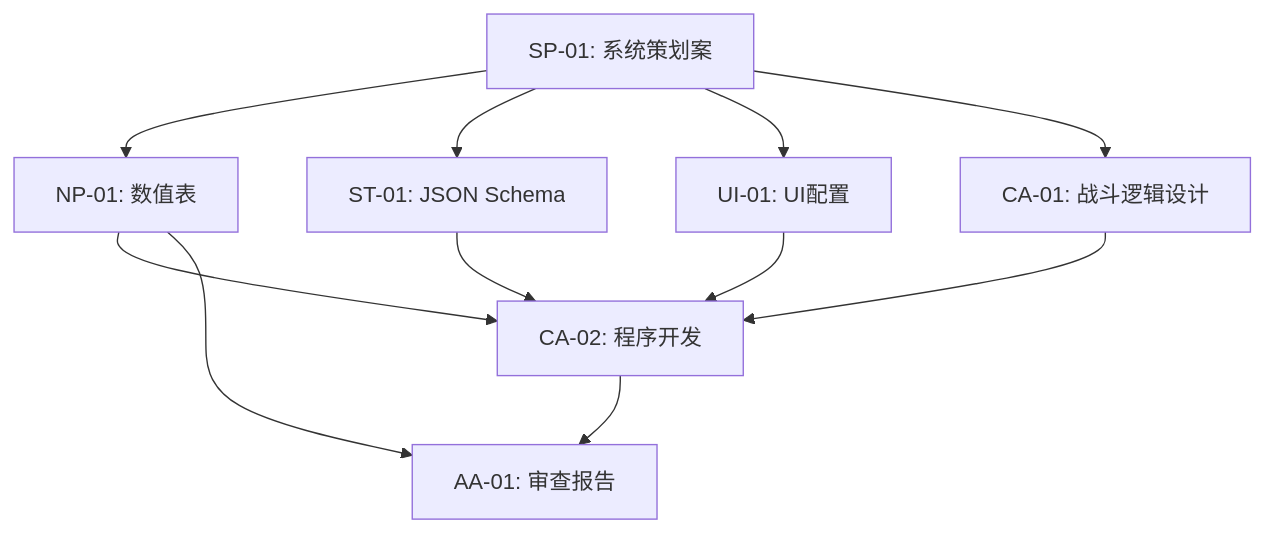
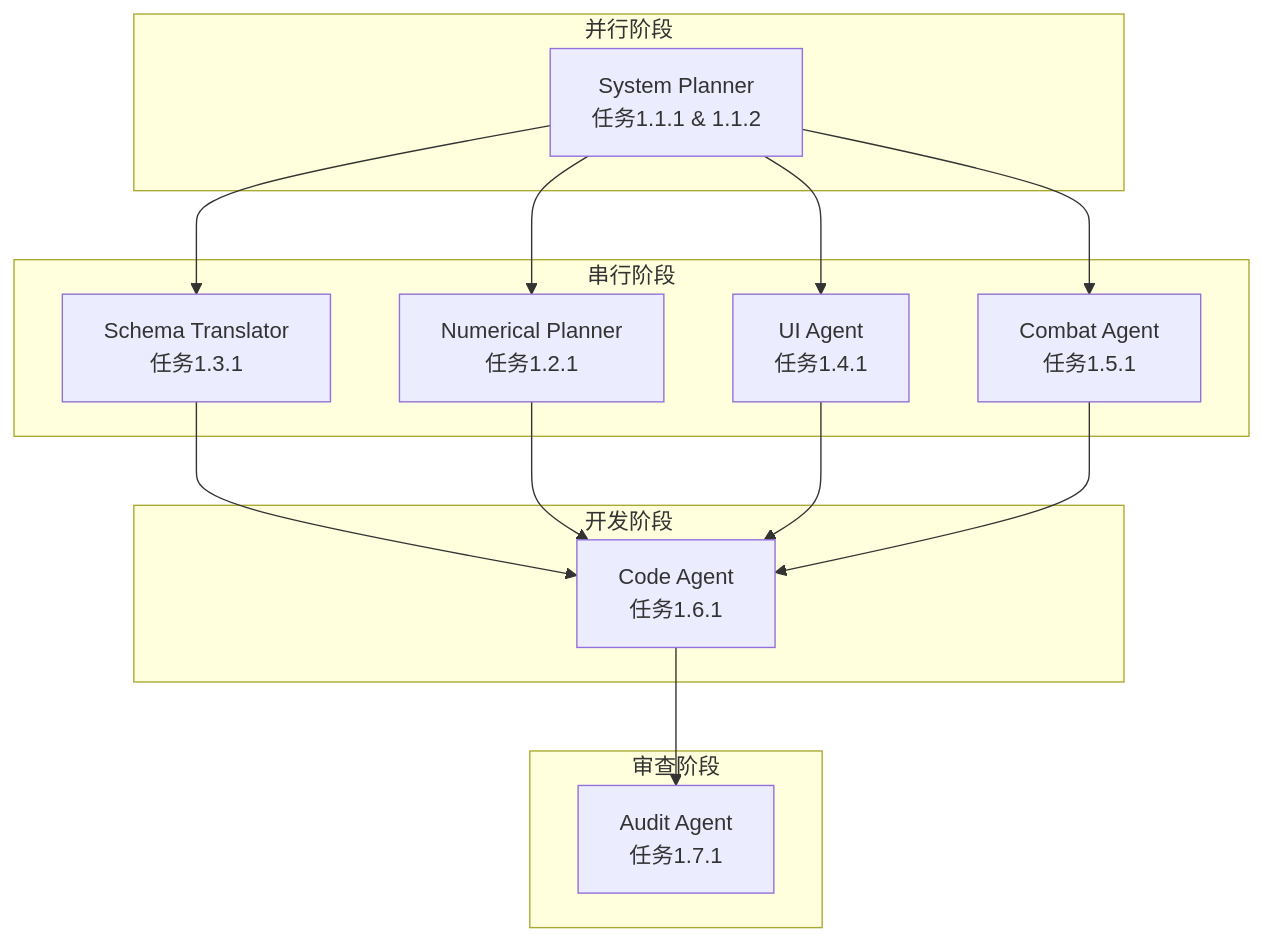
The diagram in .agent_workspace/task_plan.md (Dedemzh-bot/AI-Studio-OS), drawn with Mermaid before and after one commit. The commit also changed other lines of this file and 38 other files, not shown here.

````diff
--- a/.agent_workspace/task_plan.md
+++ b/.agent_workspace/task_plan.md
@@ -103,13 +95,33 @@
 ```mermaid
 graph TD
-    A[SP-01: 系统策划案] --> B[NP-01: 数值表];
-    A --> C[ST-01: JSON Schema];
-    A --> D[UI-01: UI配置];
-    A --> E[CA-01: 战斗逻辑设计];
-    C --> F[CA-02: 程序开发];
-    B --> F;
-    D --> F;
-    E --> F;
-    F --> G[AA-01: 审查报告];
-    B --> G;
+    A[System Planner<br>任务1.1.1 & 1.1.2] --> B[Schema Translator<br>任务1.3.1]
+    A --> C[Numerical Planner<br>任务1.2.1]
+    A --> D[UI Agent<br>任务1.4.1]
+    A --> E[Combat Agent<br>任务1.5.1]
+    
+    B --> F[Code Agent<br>任务1.6.1]
+    C --> F
+    D --> F
+    E --> F
+    
+    F --> G[Audit Agent<br>任务1.7.1]
+    
+    subgraph 并行阶段
+        A
+    end
+    
+    subgraph 串行阶段
+        B
+        C
+        D
+        E
+    end
+    
+    subgraph 开发阶段
+        F
+    end
+    
+    subgraph 审查阶段
+        G
+    end
 ```
````
